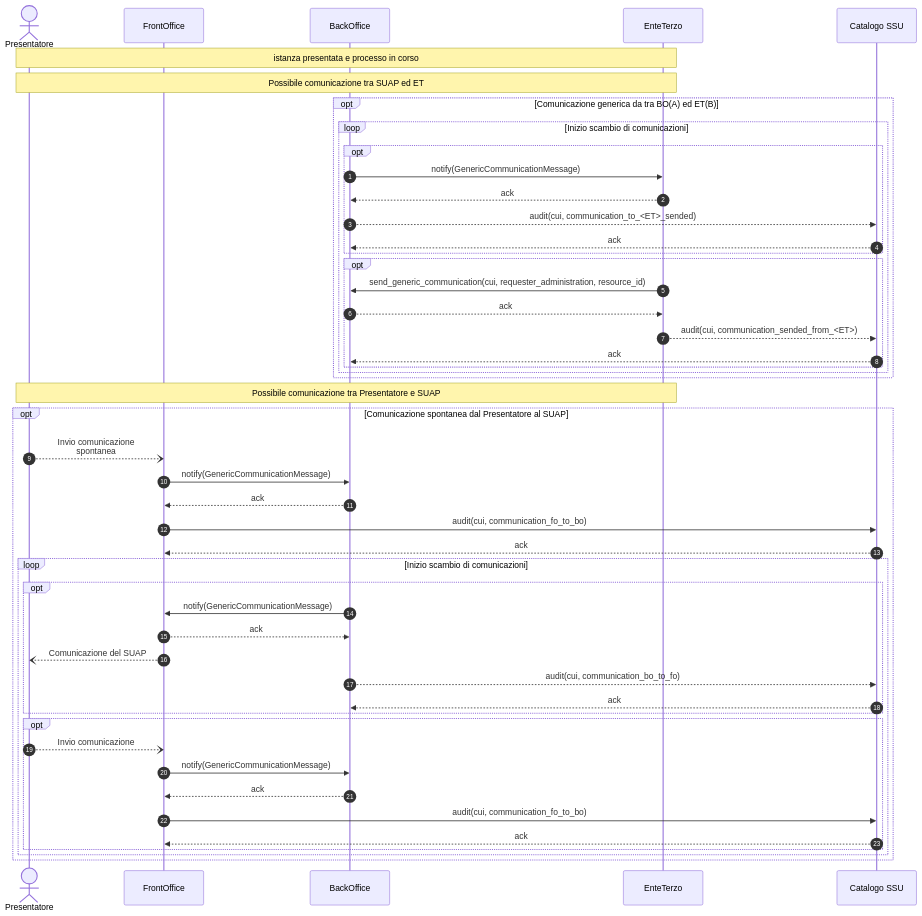
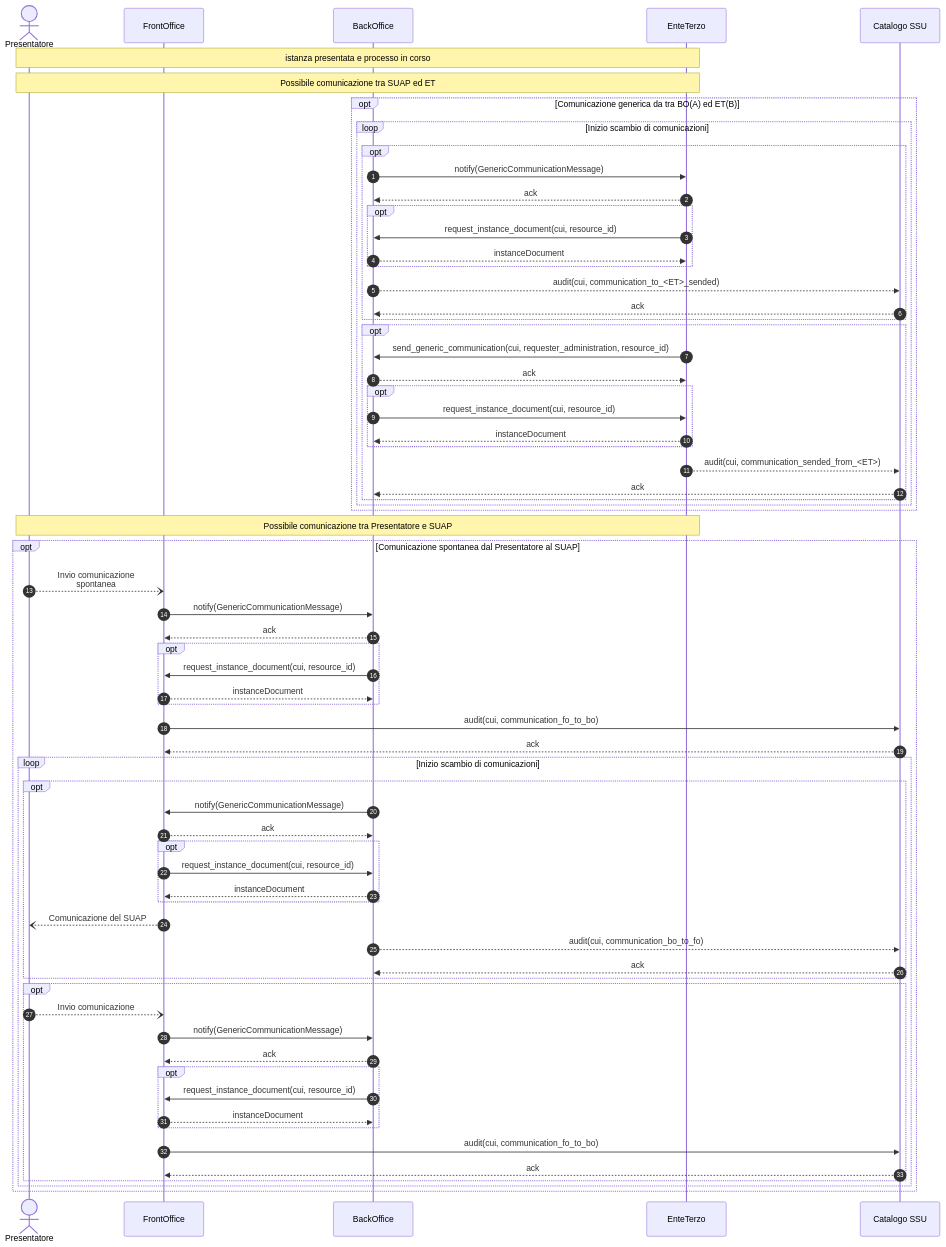
The diagram in sequence-diagram/ComunicazioneGenerica.mermaid (AgID/specifiche-tecniche-DPR-160-2010), drawn with Mermaid before and after one commit. The commit also changed 2 other files, not shown here.

Commit message:
Aggiornamento sequence comunicazione generica
Aggiornamento sequence diagram e relative immagini di comunicazione generica

```diff
--- a/sequence-diagram/ComunicazioneGenerica.mermaid
+++ b/sequence-diagram/ComunicazioneGenerica.mermaid
@@ -1,58 +1,78 @@
 sequenceDiagram
     autonumber
       
     actor P as Presentatore  
     participant F as FrontOffice 
     participant B as BackOffice
     participant E as EnteTerzo
     participant C as Catalogo SSU
 
    
     Note over P,E: istanza presentata e processo in corso
 
     Note over P,E: Possibile comunicazione tra SUAP ed ET
     opt Comunicazione generica da tra BO(A) ed ET(B)
         
         loop Inizio scambio di comunicazioni
             opt        
                 B->>E: notify(GenericCommunicationMessage)
                 E-->>B: ack
+                opt
+                    E->>B: request_instance_document(cui, resource_id)
+                    B-->>E: instanceDocument
+                end
                 B-->>C: audit(cui, communication_to_<ET>_sended)
                 C-->>B: ack
             end
             opt        
                 E->>B: send_generic_communication(cui, requester_administration, resource_id)
                 B-->>E: ack
+                opt
+                    B->>E: request_instance_document(cui, resource_id)
+                    E-->>B: instanceDocument
+                end
                 E-->>C: audit(cui, communication_sended_from_<ET>)
                 C-->>B: ack
             end
         end
     end   
     
     Note over P,E: Possibile comunicazione tra Presentatore e SUAP
     opt Comunicazione spontanea dal Presentatore al SUAP
 
         P--)F: Invio comunicazione<br/>spontanea
         F->> B: notify(GenericCommunicationMessage)
         B -->> F: ack
+        opt
+            B->>F: request_instance_document(cui, resource_id)
+            F-->>B: instanceDocument
+        end
         F->> C: audit(cui, communication_fo_to_bo)
         C -->> F: ack
 
         loop Inizio scambio di comunicazioni
             opt
                 B->>F: notify(GenericCommunicationMessage)
                 F-->>B: ack
+                opt
+                    F->>B: request_instance_document(cui, resource_id)
+                    B-->>F: instanceDocument
+                end
                 F--)P: Comunicazione del SUAP
                 B-->>C: audit(cui, communication_bo_to_fo)
                 C-->>B: ack
             end
             opt
                 P--)F: Invio comunicazione
                 F->> B: notify(GenericCommunicationMessage)
                 B -->> F: ack
+                opt
+                    B->>F: request_instance_document(cui, resource_id)
+                    F-->>B: instanceDocument
+                end
                 F->> C: audit(cui, communication_fo_to_bo)
                 C -->> F: ack
             end
         end
 
     end
```
